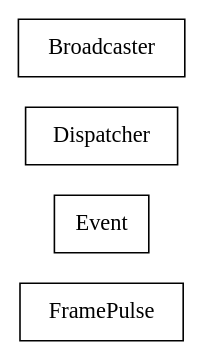
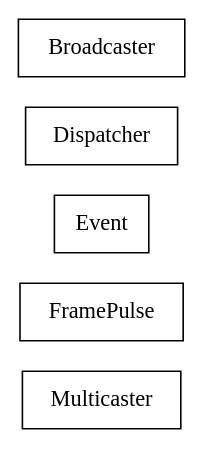
The diagram in docs/com/sekati/events/classes.dot (sekati/sasapi), drawn with Graphviz before and after one commit. The commit also changed 76 other files, not shown here.

```diff
--- a/docs/com/sekati/events/classes.dot
+++ b/docs/com/sekati/events/classes.dot
@@ -1,27 +1,33 @@
 strict digraph class_diagram {
   rankdir=LR;
+  TypeMulticaster[
+    label="Multicaster",
+    URL="Multicaster.html",
+    tooltip="com.sekati.events.Multicaster",
+    shape="record"
+  ];
   TypeFramePulse[
     label="FramePulse",
     URL="FramePulse.html",
     tooltip="com.sekati.events.FramePulse",
     shape="record"
   ];
   TypeEvent[
     label="Event",
     URL="Event.html",
     tooltip="com.sekati.events.Event",
     shape="record"
   ];
   TypeDispatcher[
     label="Dispatcher",
     URL="Dispatcher.html",
     tooltip="com.sekati.events.Dispatcher",
     shape="record"
   ];
   TypeBroadcaster[
     label="Broadcaster",
     URL="Broadcaster.html",
     tooltip="com.sekati.events.Broadcaster",
     shape="record"
   ];
 }
```
